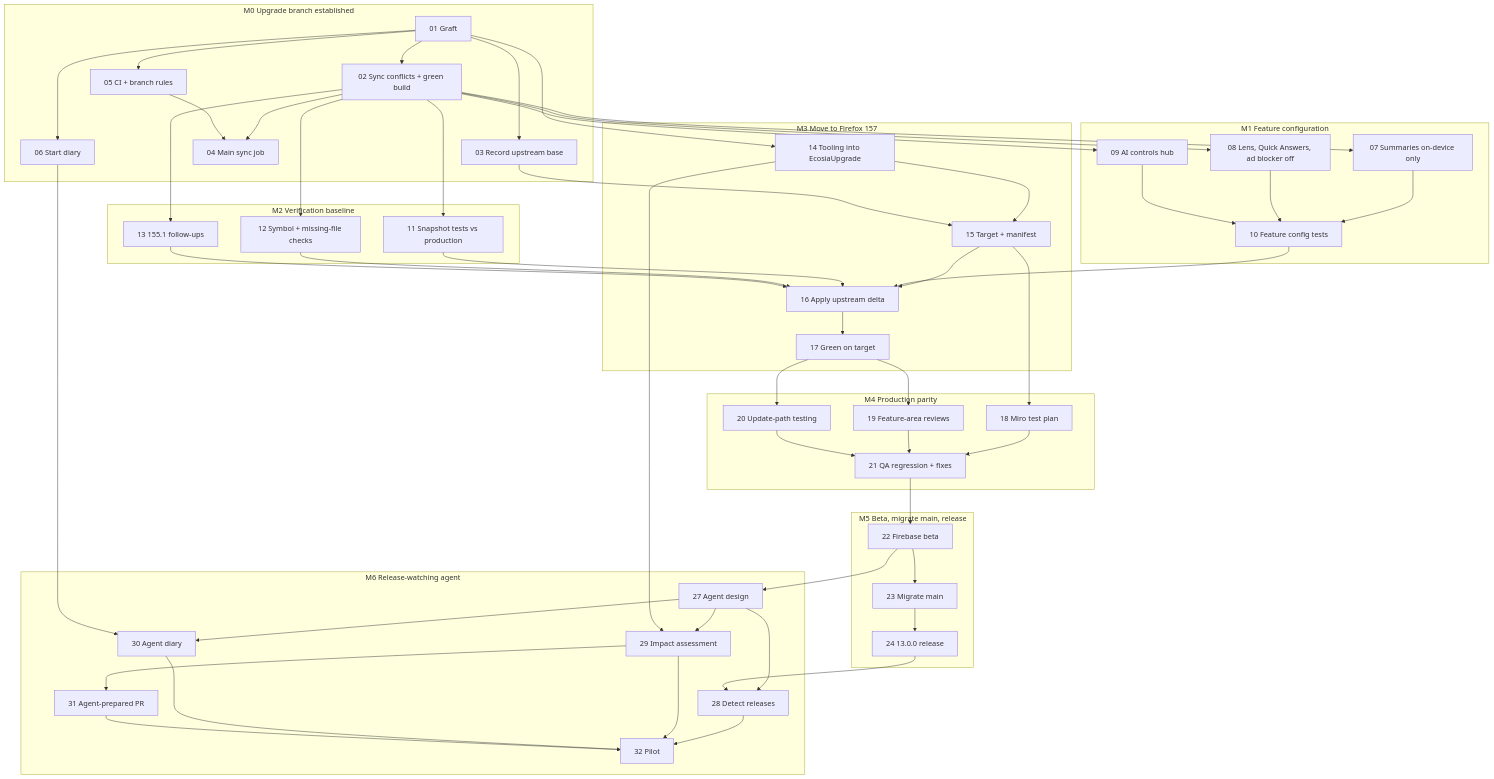
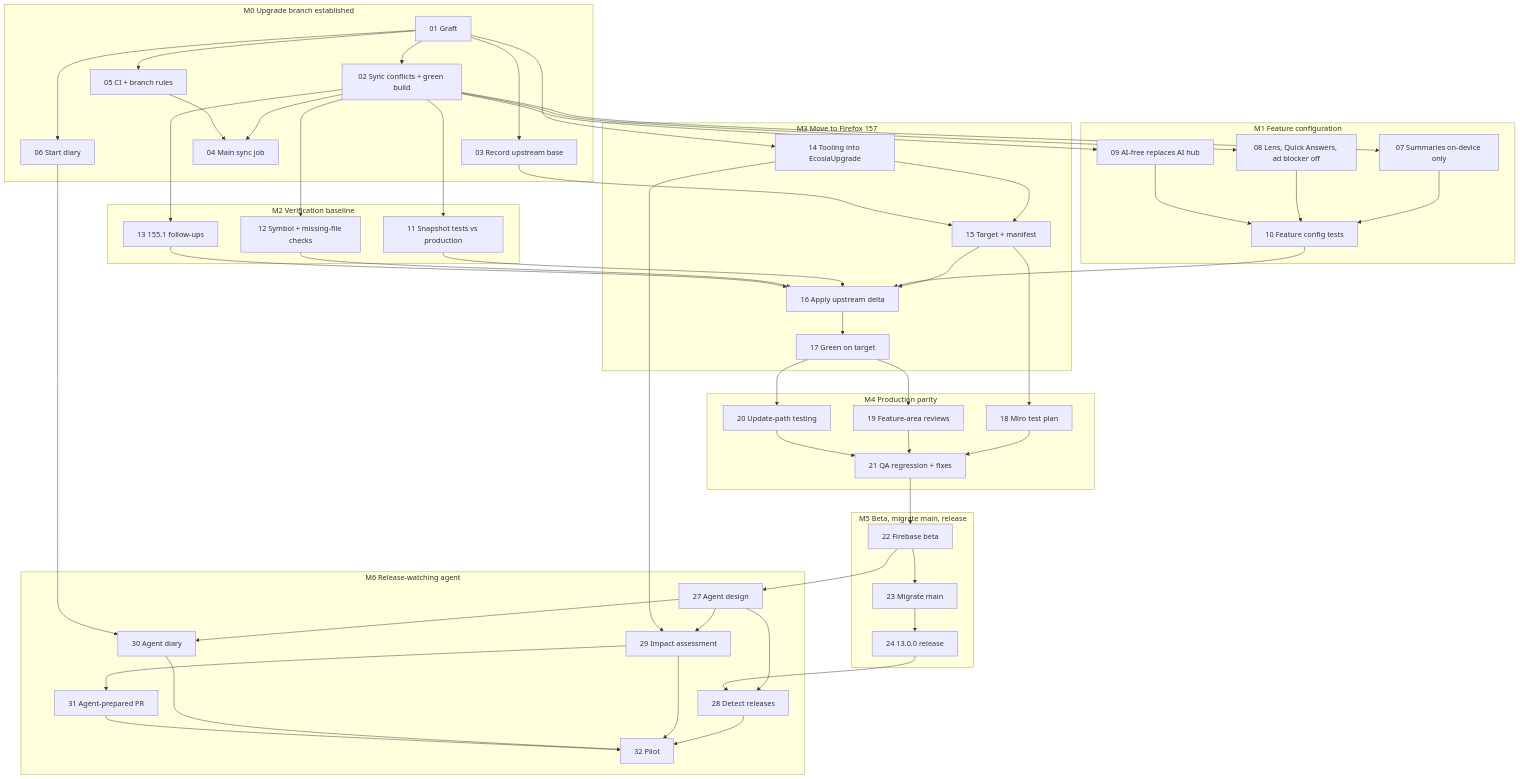
Before and after one commit to ecosia/ios-browser: the diagram in .scratch/firefox-upgrade/spec.md, drawn with Mermaid. The commit also changed other lines of this file and 3 other files, not shown here.

Commit message:
[MOB-5035] Ticket 09: AI-free searching replaces the AI controls hub

````diff
--- a/.scratch/firefox-upgrade/spec.md
+++ b/.scratch/firefox-upgrade/spec.md
@@ -65,60 +65,60 @@
 ```mermaid
 flowchart TD
   subgraph M0[M0 Upgrade branch established]
     T01[01 Graft] --> T02[02 Sync conflicts + green build]
     T01 --> T03[03 Record upstream base]
     T01 --> T05[05 CI + branch rules]
     T01 --> T06[06 Start diary]
     T02 --> T04[04 Main sync job]
     T05 --> T04
   end
   subgraph M1[M1 Feature configuration]
     T07[07 Summaries on-device only]
     T08[08 Lens, Quick Answers, ad blocker off]
-    T09[09 AI controls hub]
+    T09[09 AI-free replaces AI hub]
     T07 --> T10[10 Feature config tests]
     T08 --> T10
     T09 --> T10
   end
   subgraph M2[M2 Verification baseline]
     T11[11 Snapshot tests vs production]
     T12[12 Symbol + missing-file checks]
     T13[13 155.1 follow-ups]
   end
   subgraph M3[M3 Move to Firefox 157]
     T14[14 Tooling into EcosiaUpgrade]
     T14 --> T15[15 Target + manifest]
     T15 --> T16[16 Apply upstream delta]
     T16 --> T17[17 Green on target]
   end
   subgraph M4[M4 Production parity]
     T18[18 Miro test plan]
     T19[19 Feature-area reviews]
     T20[20 Update-path testing]
     T18 --> T21[21 QA regression + fixes]
     T19 --> T21
     T20 --> T21
   end
   subgraph M5[M5 Beta, migrate main, release]
     T22[22 Firebase beta] --> T23[23 Migrate main]
     T23 --> T24[24 13.0.0 release]
   end
   subgraph M6[M6 Release-watching agent]
     T27[27 Agent design] --> T28[28 Detect releases]
     T27 --> T29[29 Impact assessment]
     T27 --> T30[30 Agent diary]
     T29 --> T31[31 Agent-prepared PR]
     T28 & T29 & T30 & T31 --> T32[32 Pilot]
   end
   T02 --> T07 & T08 & T09 & T11 & T12 & T13
   T01 --> T14
   T03 --> T15
   T10 & T11 & T12 & T13 --> T16
   T15 --> T18
   T17 --> T19 & T20
   T21 --> T22
   T22 --> T27
   T24 --> T28
   T14 --> T29
   T06 --> T30
 ```
````
